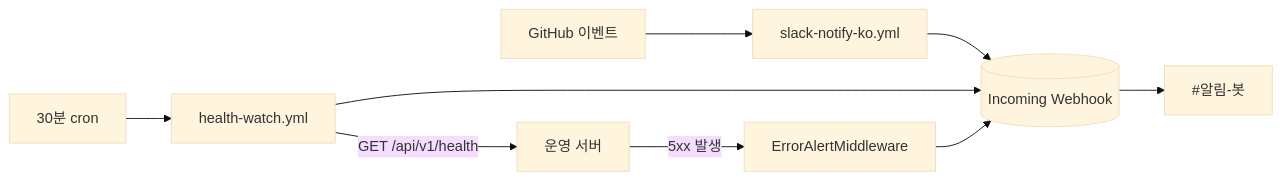
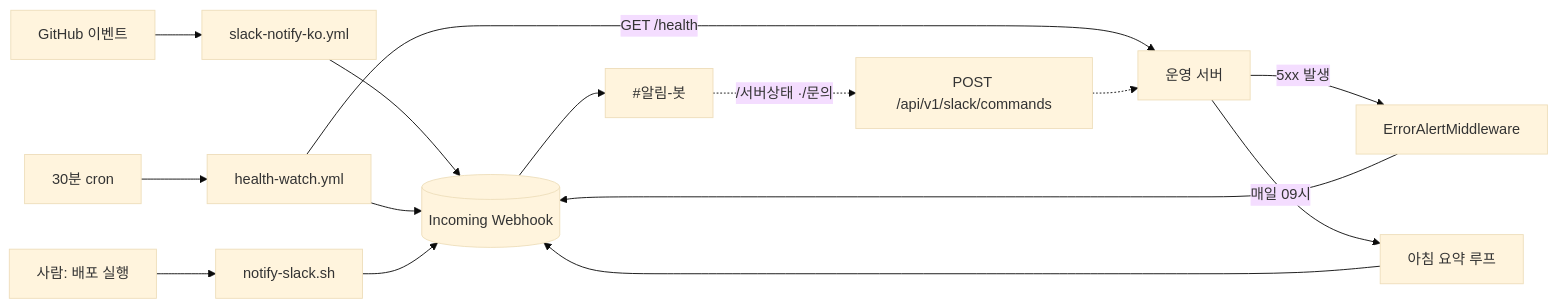
One commit to insik03/sumeungil changed the diagram in deploy/SLACK-ALERTS.md. Above: the diagram before and after it, drawn with Mermaid (base theme). The commit also changed other lines of this file and 33 other files, not shown here.

````diff
--- a/deploy/SLACK-ALERTS.md
+++ b/deploy/SLACK-ALERTS.md
@@ -15,7 +18,10 @@
 ```mermaid
 flowchart LR
   GH[GitHub 이벤트] --> W1[slack-notify-ko.yml]
-  CRON[30분 cron] --> W2[health-watch.yml] -->|GET /api/v1/health| SRV[운영 서버]
+  CRON[30분 cron] --> W2[health-watch.yml] -->|GET /health| SRV[운영 서버]
   SRV -->|5xx 발생| MW[ErrorAlertMiddleware]
-  W1 & W2 & MW --> HOOK[(Incoming Webhook)] --> CH["#알림-봇"]
+  SRV -->|매일 09시| SUM[아침 요약 루프]
+  DEP[사람: 배포 실행] --> SH[notify-slack.sh]
+  W1 & W2 & MW & SUM & SH --> HOOK[(Incoming Webhook)] --> CH["#알림-봇"]
+  CH -.->|"/서버상태 ·/문의"| CMD[POST /api/v1/slack/commands] -.-> SRV
 ```
````
